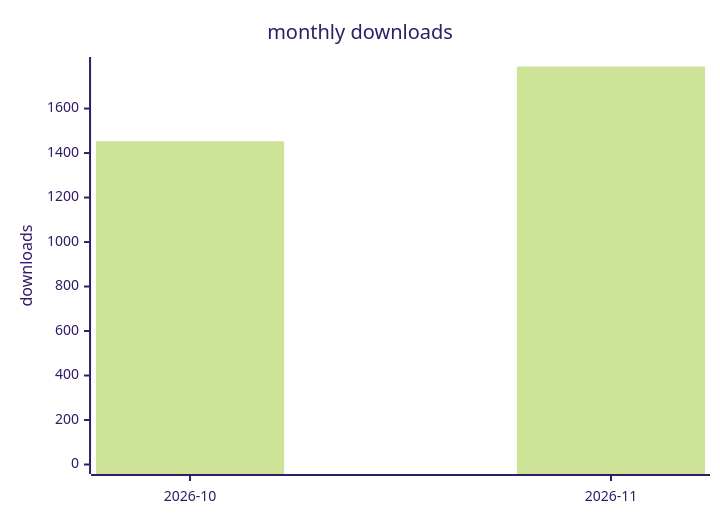
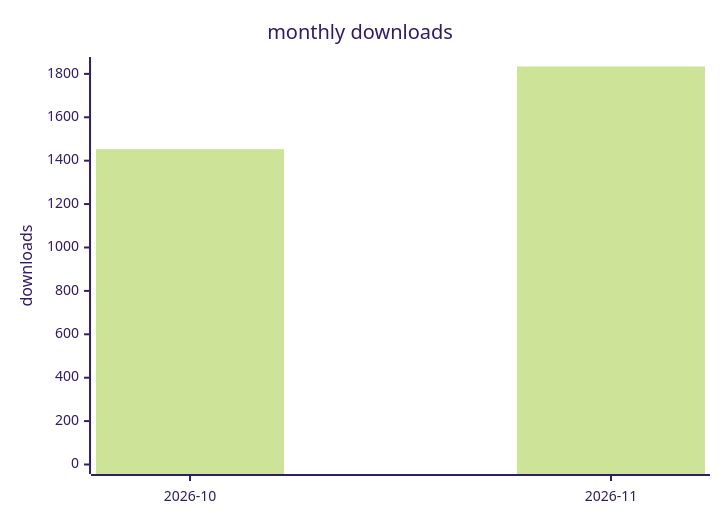
The second of 2 diagrams in docs/downloads-2026.md (terry2010/dsh-loop-recover), drawn with Mermaid (forest theme) before and after one commit. The commit also changed other lines of this file and 1 other file, not shown here.

````diff
--- a/docs/downloads-2026.md
+++ b/docs/downloads-2026.md
@@ -29,7 +29,7 @@
 ```mermaid
 xychart-beta
     title "monthly downloads"
     x-axis ["2026-10", "2026-11"]
-    y-axis "downloads" 0 --> 1789
-    bar [1453, 1789]
+    y-axis "downloads" 0 --> 1834
+    bar [1453, 1834]
 ```
````
